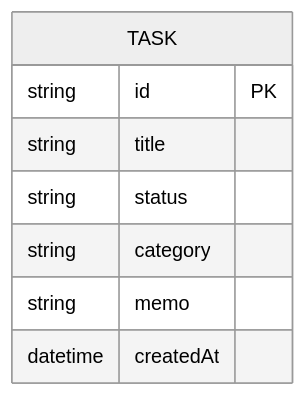
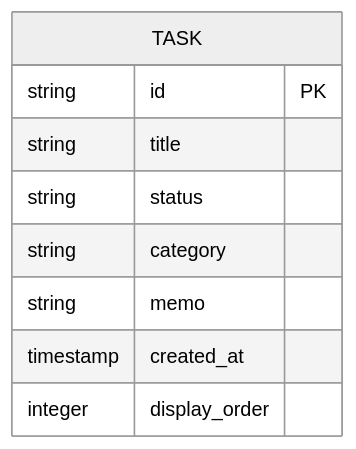
One commit to toogoo1050/TASKMANEGMENT changed the diagram in docs/データベース設計.md. Above: the diagram before and after it, drawn with Mermaid (neutral theme). The commit also changed other lines of this file and 1 other file, not shown here.

````diff
--- a/docs/データベース設計.md
+++ b/docs/データベース設計.md
@@ -23,11 +34,12 @@
 ```mermaid
 erDiagram
     TASK {
         string id PK
         string title
         string status
         string category
         string memo
-        datetime createdAt
+        timestamp created_at
+        integer display_order
     }
 ```
````
